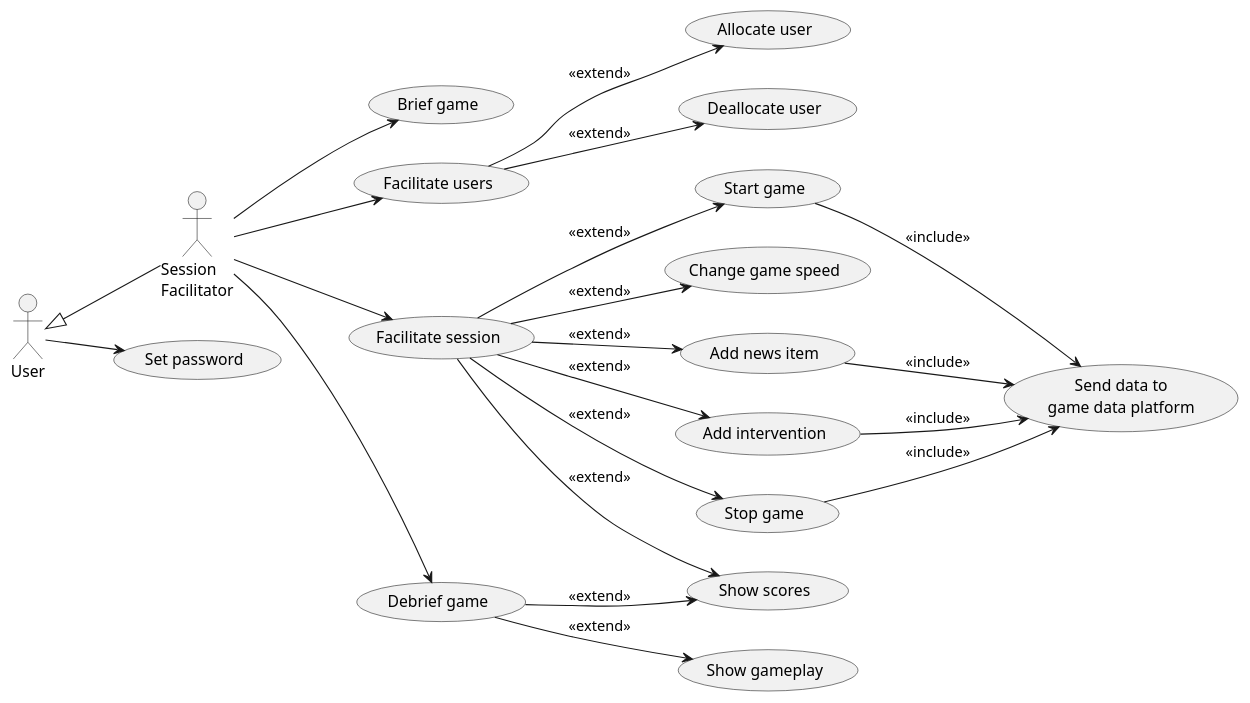
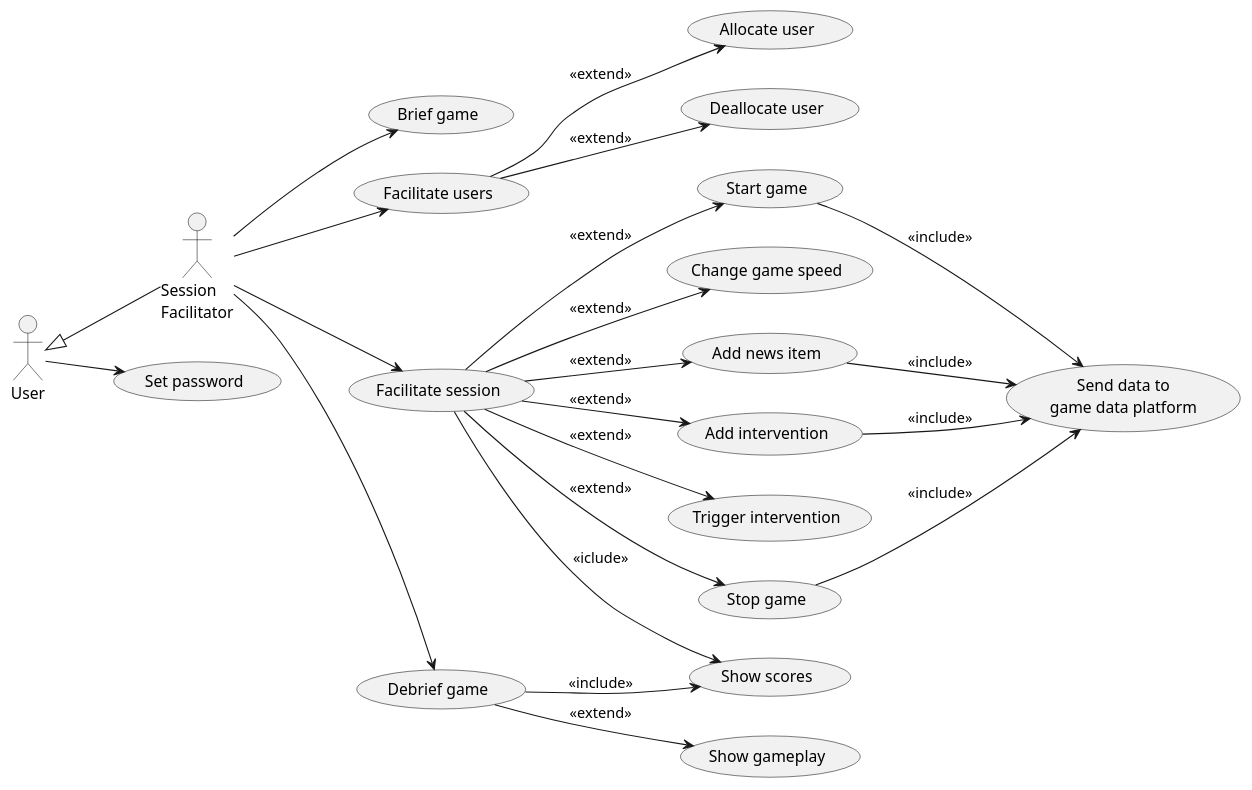
The diagram in doc/1-use-cases/diagrams/session-facilitation.puml (averbraeck/gscg-design), drawn with PlantUML before and after one commit. The commit also changed 2 other files, not shown here.

Commit message:
Make "show scores" an <<include>> activity; add "trigger intervention"

```diff
--- a/doc/1-use-cases/diagrams/session-facilitation.puml
+++ b/doc/1-use-cases/diagrams/session-facilitation.puml
@@ -1,32 +1,33 @@
 @startuml
 left to right direction
 
 "Session\nFacilitator" as SF
 User <|-- SF
 
 User --> (Set password)
 
 SF --> (Brief game)
 
 SF --> (Facilitate users)
 (Facilitate users) --> (Allocate user) : << extend >>
 (Facilitate users) --> (Deallocate user) : << extend >>
 
 SF --> (Facilitate session)
 (Facilitate session) --> (Start game) : << extend >>
 (Facilitate session) --> (Change game speed) : << extend >>
 (Facilitate session) --> (Add news item) : << extend >>
 (Facilitate session) --> (Add intervention) : << extend >>
+(Facilitate session) --> (Trigger intervention) : << extend >>
 (Facilitate session) --> (Stop game) : << extend >>
-(Facilitate session) --> (Show scores) : << extend >>
+(Facilitate session) --> (Show scores) : << iclude >>
 
 (Start game) --> (Send data to\ngame data platform) : << include >>
 (Add news item) --> (Send data to\ngame data platform) : << include >>
 (Add intervention) --> (Send data to\ngame data platform) : << include >>
 (Stop game) --> (Send data to\ngame data platform) : << include >>
 
 SF --> (Debrief game)
-(Debrief game) --> (Show scores) : << extend >>
+(Debrief game) --> (Show scores) : << include >>
 (Debrief game) --> (Show gameplay) : << extend >>
 
 @enduml
```
